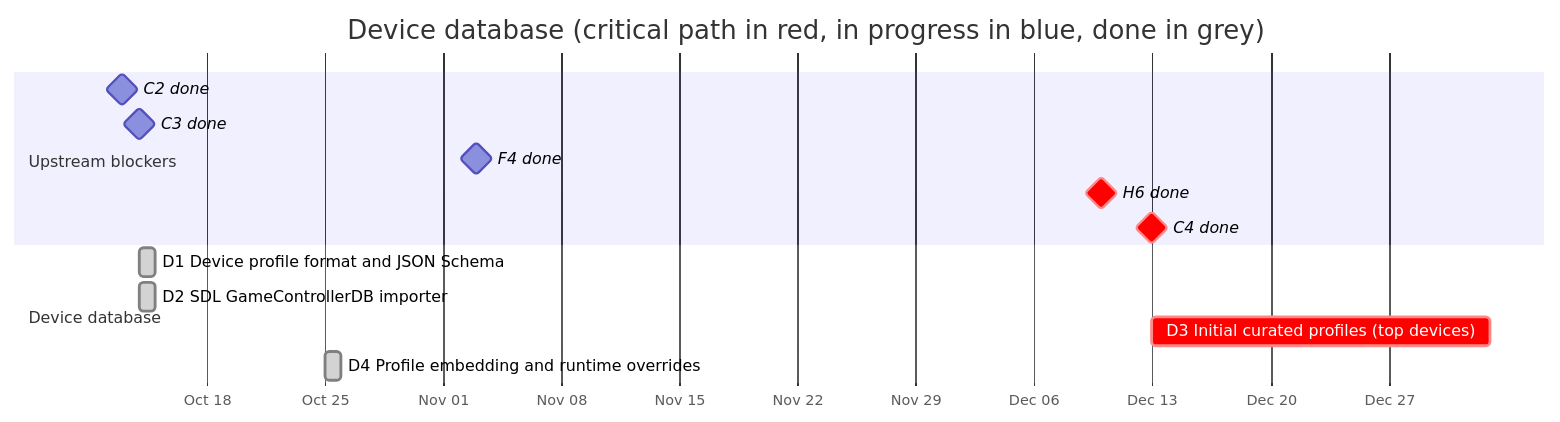
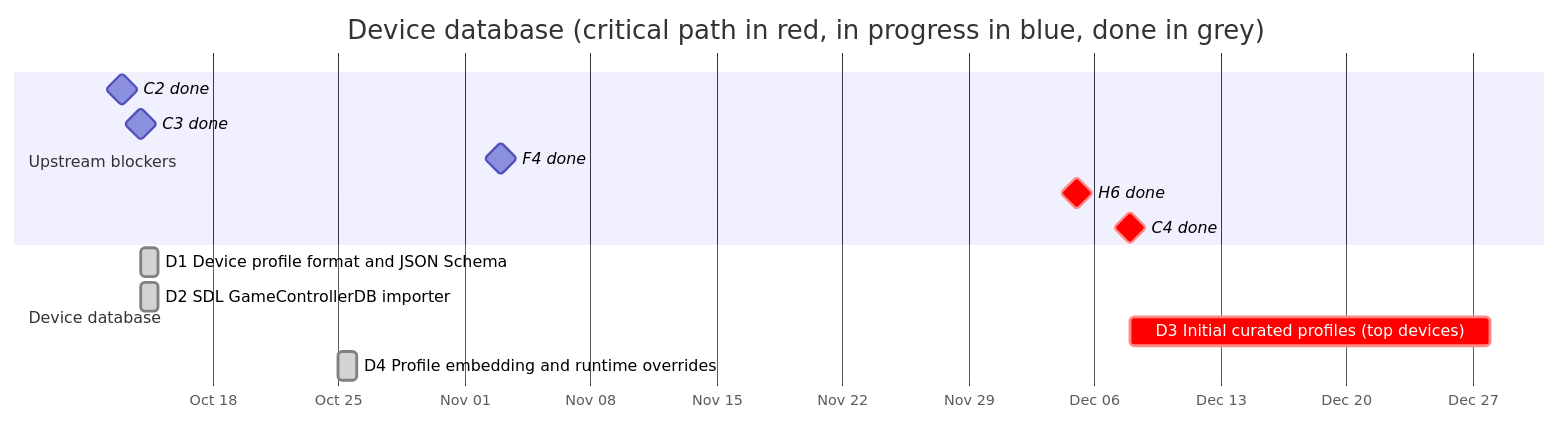
One commit to anygamepad/anygamepad.github.io changed the diagram in ROADMAP/2026-10-31/02-device-database.md. Above: the diagram before and after it, drawn with Mermaid. The commit also changed other lines of this file and 19 other files, not shown here.

````diff
--- a/ROADMAP/2026-10-31/02-device-database.md
+++ b/ROADMAP/2026-10-31/02-device-database.md
@@ -9,17 +9,17 @@
 ```mermaid
 gantt
     dateFormat YYYY-MM-DD
     axisFormat %b %d
     title Device database (critical path in red, in progress in blue, done in grey)
     section Upstream blockers
     C2 done :milestone, c2, 2026-10-13, 0d
     C3 done :milestone, c3, 2026-10-14, 0d
     F4 done :milestone, f4, 2026-11-03, 0d
-    H6 done :milestone, crit, h6, 2026-12-10, 0d
-    C4 done :milestone, crit, c4, 2026-12-13, 0d
+    H6 done :milestone, crit, h6, 2026-12-05, 0d
+    C4 done :milestone, crit, c4, 2026-12-08, 0d
     section Device database
     D1 Device profile format and JSON Schema :done, d1, 2026-10-14, 1d
     D2 SDL GameControllerDB importer :done, d2, 2026-10-14, 1d
     D3 Initial curated profiles (top devices) :crit, d3, after d1 c4 f4 h6, 20d
     D4 Profile embedding and runtime overrides :done, d4, 2026-10-25, 1d
 ```
````
